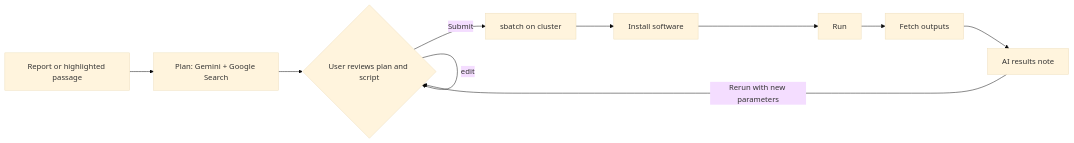
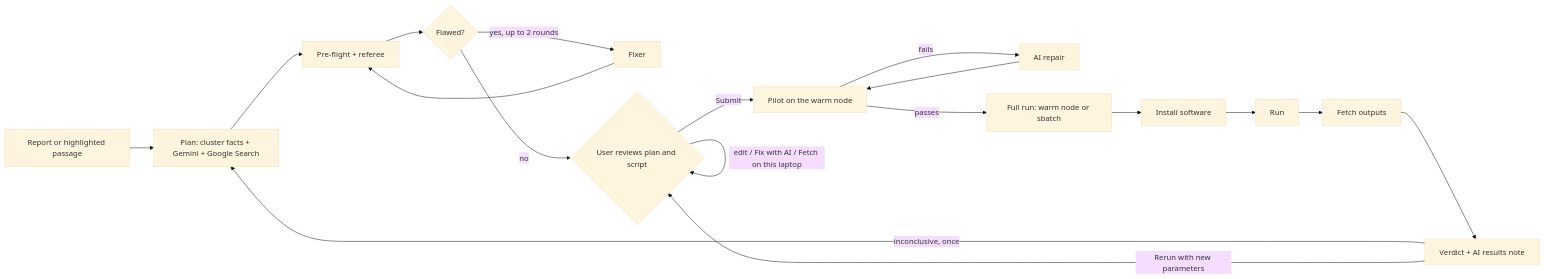
Before and after one commit to charles-forsyth/deep-research: the fourth of 4 diagrams in docs/SPEC.md, drawn with Mermaid (base theme). The commit also changed other lines of this file and 6 other files, not shown here.

````diff
--- a/docs/SPEC.md
+++ b/docs/SPEC.md
@@ -1209,9 +1249,13 @@
 ```mermaid
 flowchart LR
-  A[Report or highlighted passage] --> B[Plan: Gemini + Google Search]
-  B --> C{User reviews plan and script}
-  C -- edit --> C
-  C -- Submit --> D[sbatch on cluster]
-  D --> E[Install software] --> F[Run] --> G[Fetch outputs] --> H[AI results note]
-  H -- Rerun with new parameters --> C
+  A[Report or highlighted passage] --> B[Plan: cluster facts + Gemini + Google Search]
+  B --> P[Pre-flight + referee] --> R{Flawed?}
+  R -- yes, up to 2 rounds --> F[Fixer] --> P
+  R -- no --> C{User reviews plan and script}
+  C -- edit / Fix with AI / Fetch on this laptop --> C
+  C -- Submit --> S[Pilot on the warm node] -- fails --> X[AI repair] --> S
+  S -- passes --> D[Full run: warm node or sbatch]
+  D --> E[Install software] --> G[Run] --> H[Fetch outputs] --> V[Verdict + AI results note]
+  V -- inconclusive, once --> B
+  V -- Rerun with new parameters --> C
 ```
````
